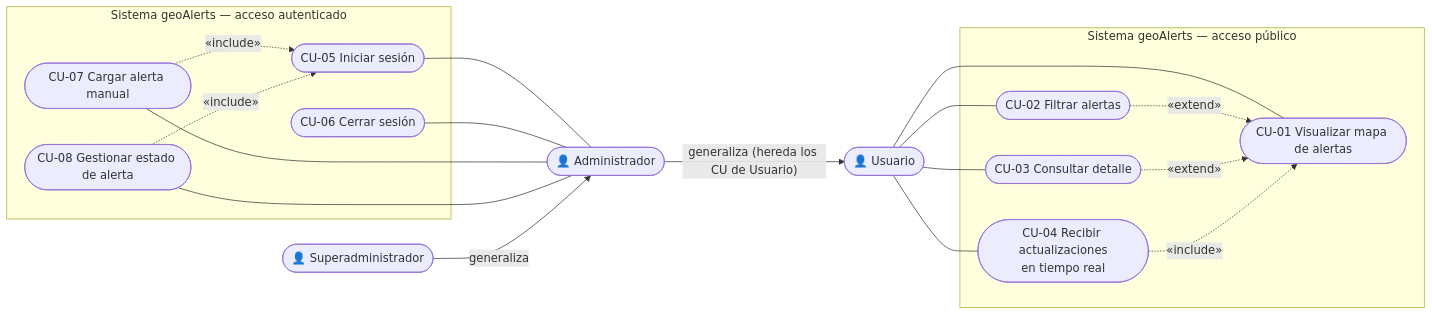
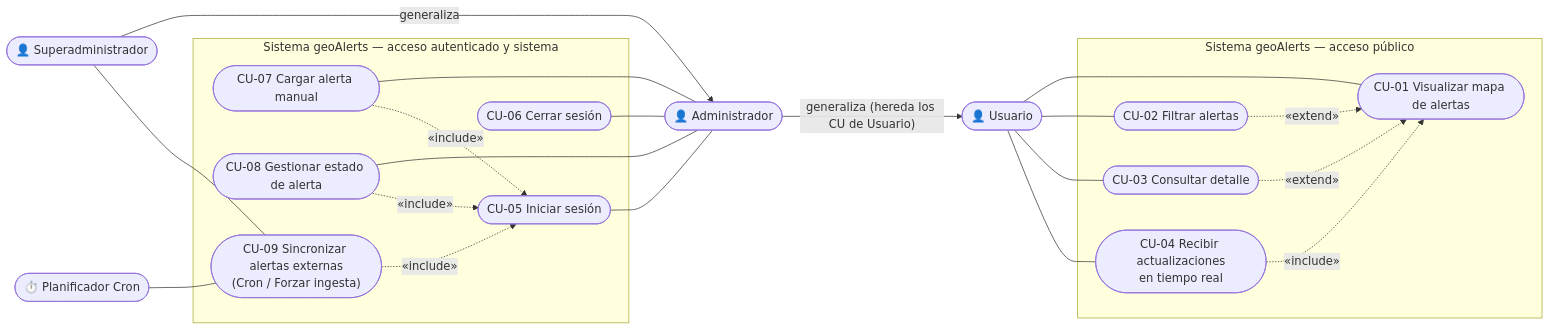
One commit to nachoo08/geoAlerts changed the second of 7 diagrams in docs/02-diseno-arquitectura.md. Above: the diagram before and after it, drawn with Mermaid. The commit also changed other lines of this file and 3 other files, not shown here.

````diff
--- a/docs/02-diseno-arquitectura.md
+++ b/docs/02-diseno-arquitectura.md
@@ -220,32 +223,37 @@
 ```mermaid
 flowchart LR
     U(["👤 Usuario"])
 
     subgraph PUB["Sistema geoAlerts — acceso público"]
         CU01(["CU-01 Visualizar mapa de alertas"])
         CU02(["CU-02 Filtrar alertas"])
         CU03(["CU-03 Consultar detalle"])
         CU04(["CU-04 Recibir actualizaciones<br/>en tiempo real"])
     end
 
-    subgraph ADM["Sistema geoAlerts — acceso autenticado"]
+    subgraph ADM["Sistema geoAlerts — acceso autenticado y sistema"]
         CU05(["CU-05 Iniciar sesión"])
         CU06(["CU-06 Cerrar sesión"])
         CU07(["CU-07 Cargar alerta manual"])
         CU08(["CU-08 Gestionar estado de alerta"])
+        CU09(["CU-09 Sincronizar alertas externas<br/>(Cron / Forzar ingesta)"])
     end
 
     A(["👤 Administrador"])
     SA(["👤 Superadministrador"])
+    CRON(["⏱️ Planificador Cron"])
 
     U --- CU01 & CU02 & CU03 & CU04
     CU05 & CU06 & CU07 & CU08 --- A
     A -- "generaliza (hereda los CU de Usuario)" --> U
     SA -- "generaliza" --> A
+    SA --- CU09
+    CRON --- CU09
 
     CU02 -. "«extend»" .-> CU01
     CU03 -. "«extend»" .-> CU01
     CU04 -. "«include»" .-> CU01
     CU07 -. "«include»" .-> CU05
     CU08 -. "«include»" .-> CU05
+    CU09 -. "«include»" .-> CU05
 ```
````
